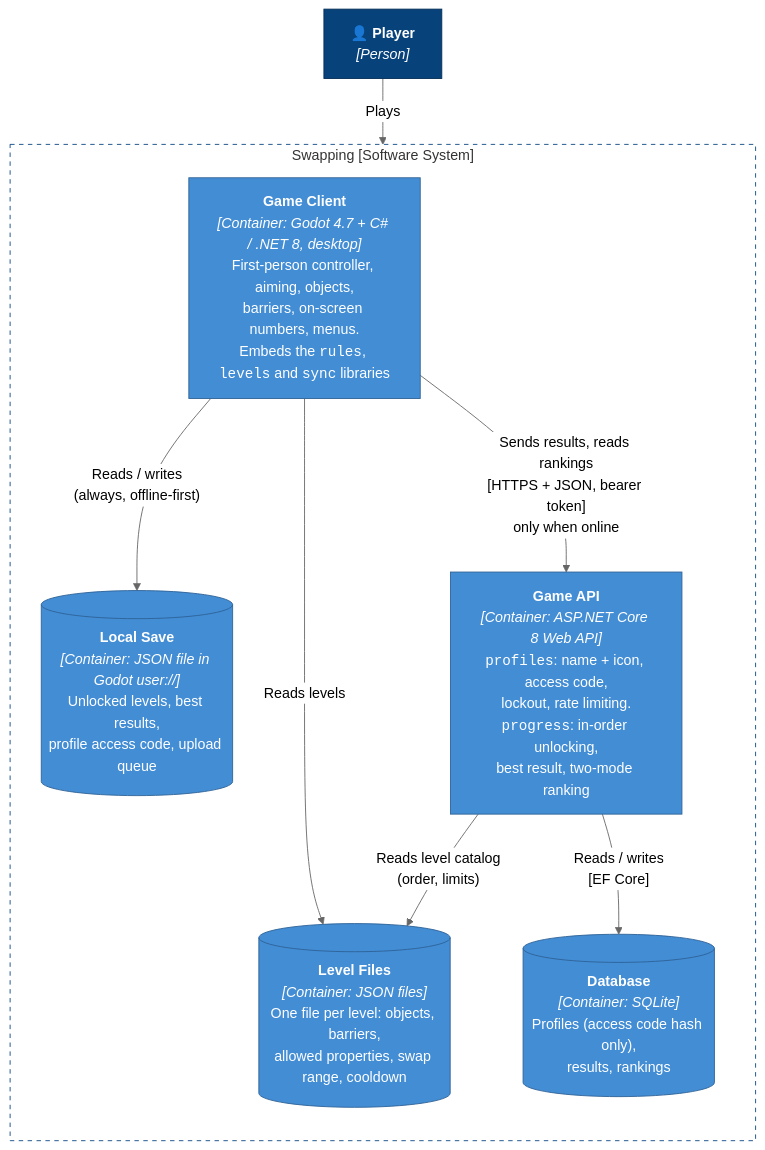
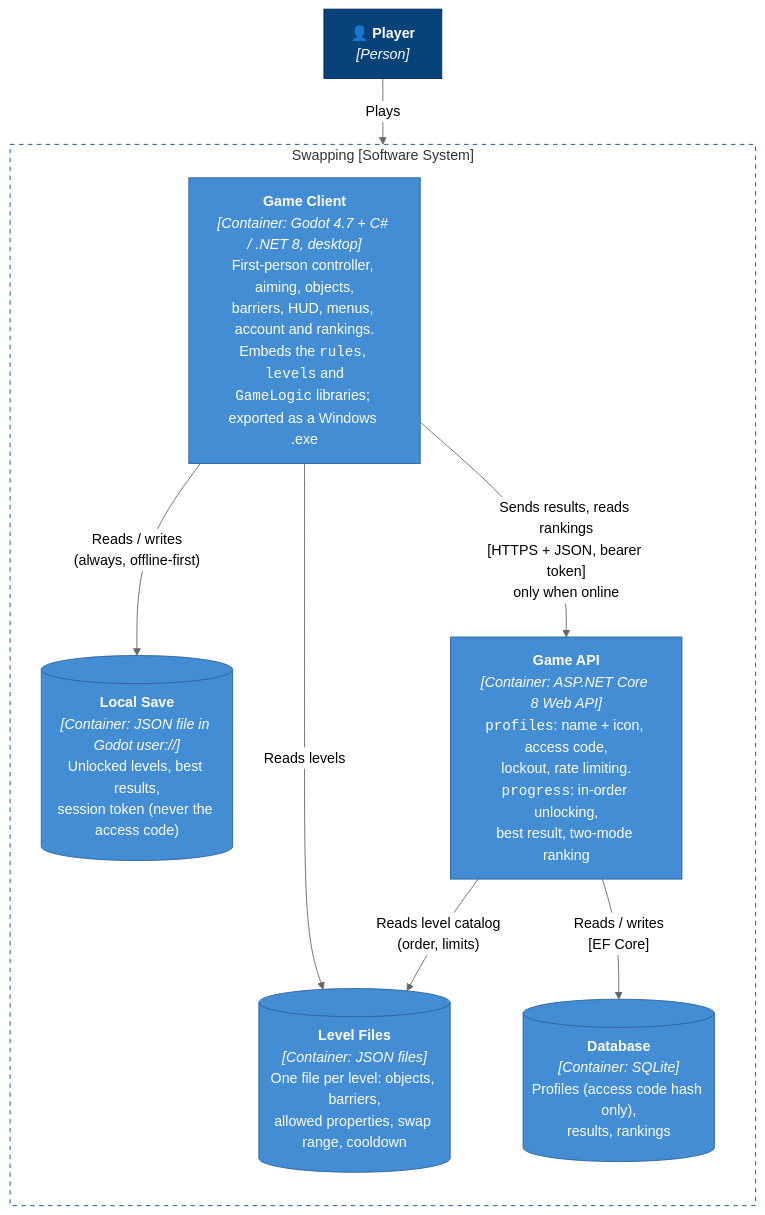
The second of 5 diagrams in docs/architecture/C4.md (AugustoGaipo/ac-engsoft-ia-jogo), drawn with Mermaid (neutral theme) before and after one commit. The commit also changed other lines of this file and 6 other files, not shown here.

````diff
--- a/docs/architecture/C4.md
+++ b/docs/architecture/C4.md
@@ -47,33 +47,33 @@
 ```mermaid
 flowchart TB
     player["👤 <b>Player</b><br/><i>[Person]</i>"]
 
     subgraph swapping["Swapping [Software System]"]
         direction TB
 
-        game["<b>Game Client</b><br/><i>[Container: Godot 4.7 + C# / .NET 8, desktop]</i><br/>First-person controller, aiming, objects,<br/>barriers, on-screen numbers, menus.<br/>Embeds the <code>rules</code>, <code>levels</code> and <code>sync</code> libraries"]
+        game["<b>Game Client</b><br/><i>[Container: Godot 4.7 + C# / .NET 8, desktop]</i><br/>First-person controller, aiming, objects,<br/>barriers, HUD, menus, account and rankings.<br/>Embeds the <code>rules</code>, <code>levels</code> and<br/><code>GameLogic</code> libraries; exported as a Windows .exe"]
 
         levelfiles[("<b>Level Files</b><br/><i>[Container: JSON files]</i><br/>One file per level: objects, barriers,<br/>allowed properties, swap range, cooldown")]
 
-        localsave[("<b>Local Save</b><br/><i>[Container: JSON file in Godot user://]</i><br/>Unlocked levels, best results,<br/>profile access code, upload queue")]
+        localsave[("<b>Local Save</b><br/><i>[Container: JSON file in Godot user://]</i><br/>Unlocked levels, best results,<br/>session token (never the access code)")]
 
         api["<b>Game API</b><br/><i>[Container: ASP.NET Core 8 Web API]</i><br/><code>profiles</code>: name + icon, access code,<br/>lockout, rate limiting.<br/><code>progress</code>: in-order unlocking,<br/>best result, two-mode ranking"]
 
         db[("<b>Database</b><br/><i>[Container: SQLite]</i><br/>Profiles (access code hash only),<br/>results, rankings")]
     end
 
     player -- "Plays" --> game
     game -- "Reads levels" --> levelfiles
     game -- "Reads / writes<br/>(always, offline-first)" --> localsave
     game -- "Sends results, reads rankings<br/>[HTTPS + JSON, bearer token]<br/>only when online" --> api
     api -- "Reads level catalog<br/>(order, limits)" --> levelfiles
     api -- "Reads / writes<br/>[EF Core]" --> db
 
     classDef person fill:#08427b,stroke:#052e56,color:#fff
     classDef container fill:#438dd5,stroke:#2e6295,color:#fff
     classDef store fill:#438dd5,stroke:#2e6295,color:#fff
     class player person
     class game,api container
     class levelfiles,localsave,db store
     style swapping fill:none,stroke:#0b4884,stroke-dasharray:5 5
 ```
````
